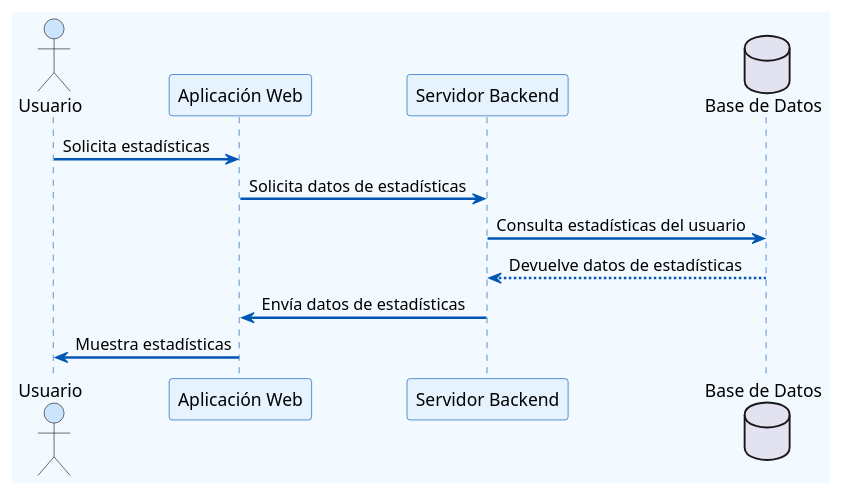
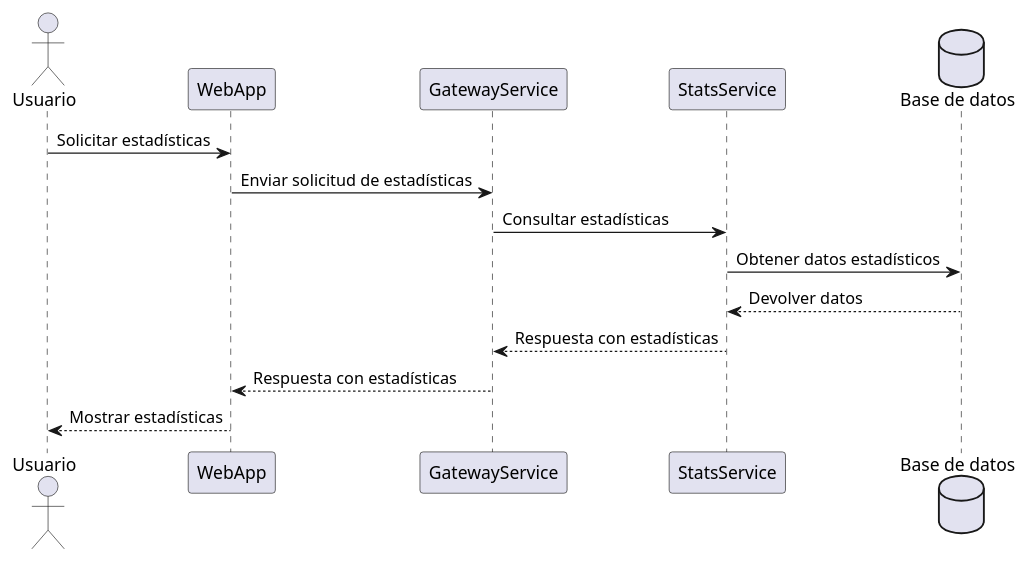
One commit to Arquisoft/wichat_es5b changed the fifth of 5 diagrams in docs/src/06_runtime_view.adoc. Above: the diagram before and after it, drawn with PlantUML. The commit also changed other lines of this file, not shown here.

Commit message:
Corregidos los diagramas de secuencia

```diff
--- a/docs/src/06_runtime_view.adoc
+++ b/docs/src/06_runtime_view.adoc
@@ -163,27 +161,21 @@
 [plantuml,"Consulta de estadisticas",png]
 ----
 @startuml
-skinparam backgroundColor #F2F9FF
-skinparam sequence {
-    ActorBackgroundColor #CCE5FF
-    ParticipantBackgroundColor #E6F3FF
-    ParticipantBorderColor #0056B3
-    LifeLineBorderColor #0056B3
-    LifeLineBackgroundColor #CCE5FF
-    ArrowColor #0056B3
-    ArrowThickness 2
-}
 
 actor Usuario
-participant "Aplicación Web" as Aplicacion_Web
-participant "Servidor Backend" as Servidor_Backend
-database "Base de Datos" as Base_Datos
+participant "WebApp" as WebApp
+participant "GatewayService" as GatewayService
+participant "StatsService" as StatsService
+database "Base de datos" as BaseDatos
 
-Usuario -> Aplicacion_Web : Solicita estadísticas
-Aplicacion_Web -> Servidor_Backend : Solicita datos de estadísticas
-Servidor_Backend -> Base_Datos : Consulta estadísticas del usuario
-Base_Datos --> Servidor_Backend : Devuelve datos de estadísticas
-Servidor_Backend -> Aplicacion_Web : Envía datos de estadísticas
-Aplicacion_Web -> Usuario : Muestra estadísticas
+Usuario -> WebApp: Solicitar estadísticas
+WebApp -> GatewayService: Enviar solicitud de estadísticas
+GatewayService -> StatsService: Consultar estadísticas
+StatsService -> BaseDatos: Obtener datos estadísticos
+BaseDatos --> StatsService: Devolver datos
+StatsService --> GatewayService: Respuesta con estadísticas
+GatewayService --> WebApp: Respuesta con estadísticas
+WebApp --> Usuario: Mostrar estadísticas
+
 @enduml
 ----
```
